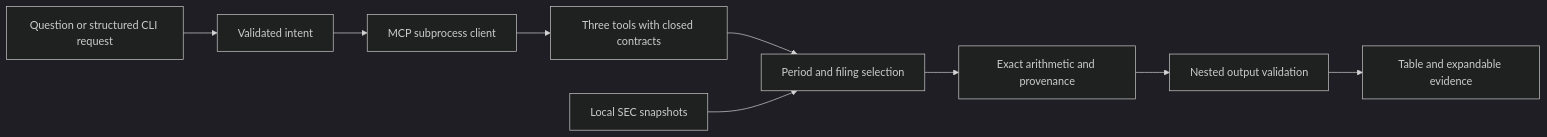
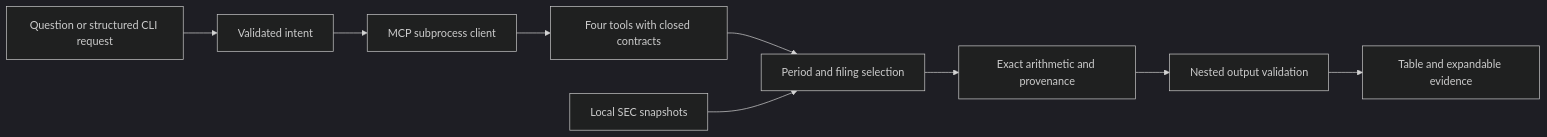
Before and after one commit to RahilBhavan/financial-metrics-analyst: the diagram in WALKTHROUGH.md, drawn with Mermaid (dark theme). The commit also changed other lines of this file and 3 other files, not shown here.

````diff
--- a/WALKTHROUGH.md
+++ b/WALKTHROUGH.md
@@ -13,11 +13,11 @@
 ```mermaid
 flowchart LR
     Q[Question or structured CLI request] --> I[Validated intent]
     I --> C[MCP subprocess client]
-    C --> T[Three tools with closed contracts]
+    C --> T[Four tools with closed contracts]
     T --> S[Period and filing selection]
     D[Local SEC snapshots] --> S
     S --> A[Exact arithmetic and provenance]
     A --> V[Nested output validation]
     V --> R[Table and expandable evidence]
 ```
````
